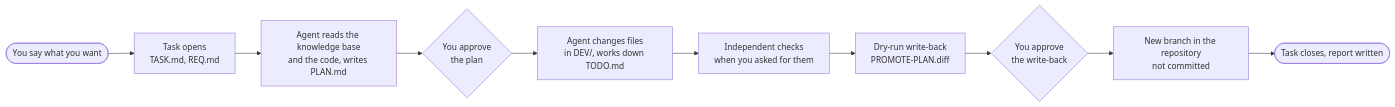
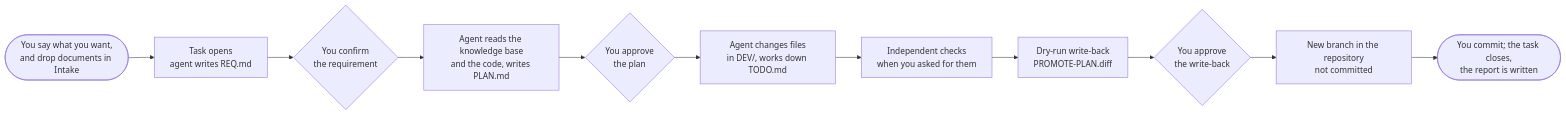
Before and after one commit to Smars-Bin-Hu/copilot-agentic-harness: the first of 2 diagrams in docs/00-overview.md, drawn with Mermaid. The commit also changed other lines of this file and 19 other files, not shown here.

Commit message:
1.5.47: new dark pictures for the README and the overview; the README, overview, quickstart and features docs show Intake, Review and Test; the task page section is split up

````diff
--- a/docs/00-overview.md
+++ b/docs/00-overview.md
@@ -60,12 +60,13 @@
 ```mermaid
 flowchart LR
-    A([You say what you want]) --> B[Task opens<br/>TASK.md, REQ.md]
-    B --> C[Agent reads the knowledge base<br/>and the code, writes PLAN.md]
-    C --> D{You approve<br/>the plan}
-    D --> E[Agent changes files<br/>in DEV/, works down TODO.md]
-    E --> F[Independent checks<br/>when you asked for them]
-    F --> G[Dry-run write-back<br/>PROMOTE-PLAN.diff]
-    G --> H{You approve<br/>the write-back}
-    H --> I[New branch in the repository<br/>not committed]
-    I --> J([Task closes, report written])
+    A([You say what you want,<br/>and drop documents in Intake]) --> B[Task opens<br/>agent writes REQ.md]
+    B --> C{You confirm<br/>the requirement}
+    C --> D[Agent reads the knowledge base<br/>and the code, writes PLAN.md]
+    D --> E{You approve<br/>the plan}
+    E --> F[Agent changes files<br/>in DEV/, works down TODO.md]
+    F --> G[Independent checks<br/>when you asked for them]
+    G --> H[Dry-run write-back<br/>PROMOTE-PLAN.diff]
+    H --> I{You approve<br/>the write-back}
+    I --> J[New branch in the repository<br/>not committed]
+    J --> K([You commit; the task closes,<br/>the report is written])
 ```
````
